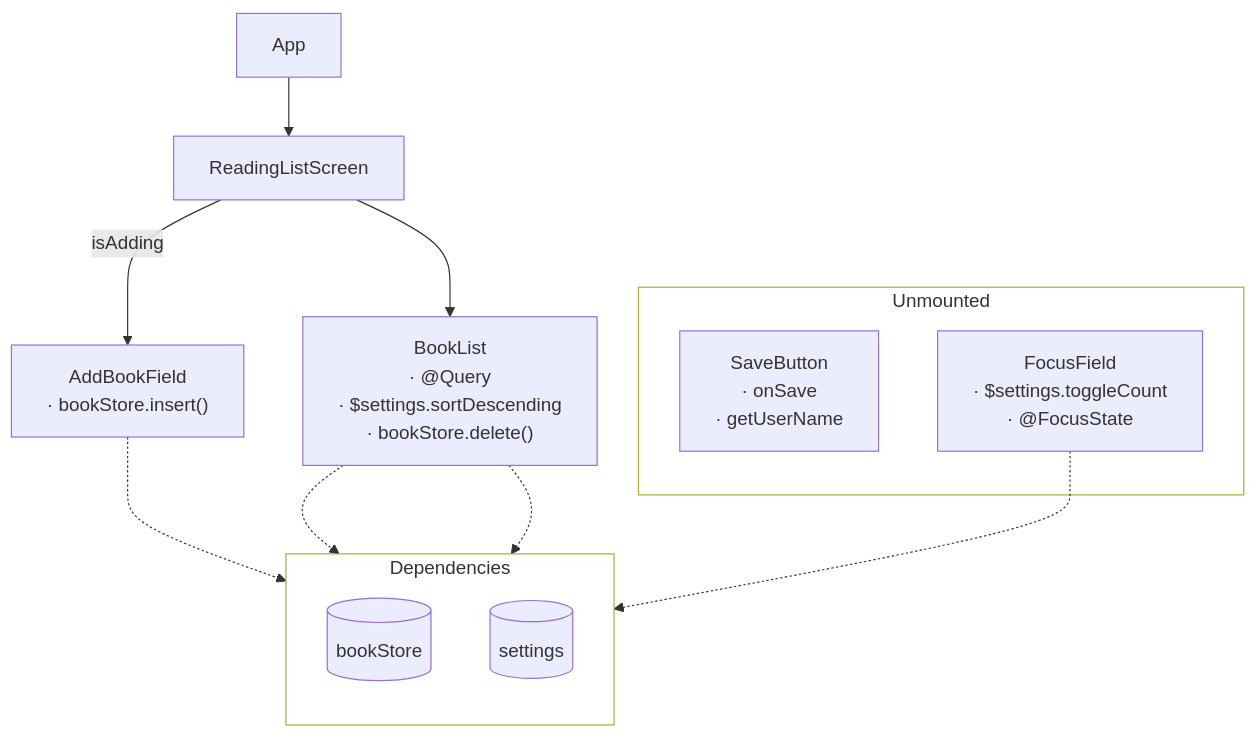
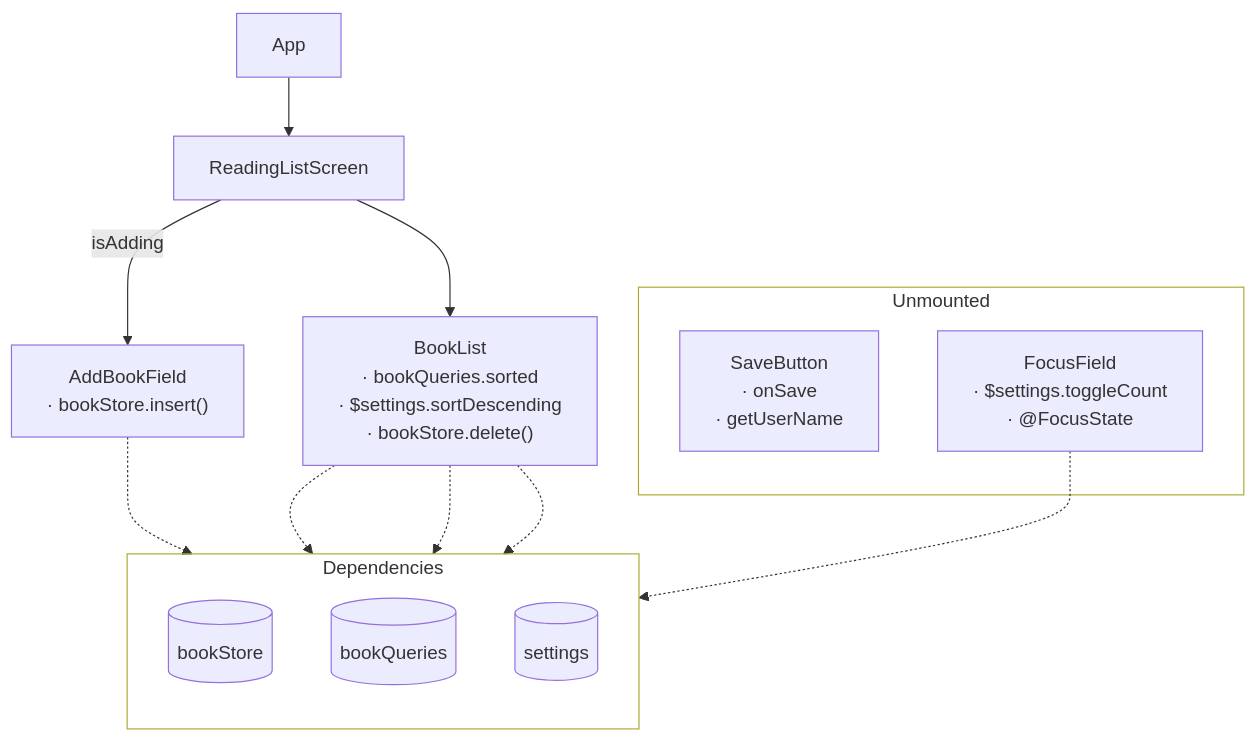
Before and after one commit to sisoje/hypermodular: the first of 4 diagrams in hypermodular/scripts/fixtures/clean/APP-MAP.md, drawn with Mermaid. The commit also changed other lines of this file and 26 other files, not shown here.

````diff
--- a/hypermodular/scripts/fixtures/clean/APP-MAP.md
+++ b/hypermodular/scripts/fixtures/clean/APP-MAP.md
@@ -4,26 +4,28 @@
 ```mermaid
 %% Whole: App
 flowchart TD
     App
     ReadingListScreen
     AddBookField["AddBookField<br/>· bookStore.insert()"]
-    BookList["BookList<br/>· @Query<br/>· $settings.sortDescending<br/>· bookStore.delete()"]
+    BookList["BookList<br/>· bookQueries.sorted<br/>· $settings.sortDescending<br/>· bookStore.delete()"]
     App --> ReadingListScreen
     ReadingListScreen -->|isAdding| AddBookField
     ReadingListScreen --> BookList
     subgraph Unmounted
         SaveButton["SaveButton<br/>· onSave<br/>· getUserName"]
         FocusField["FocusField<br/>· $settings.toggleCount<br/>· @FocusState"]
     end
     subgraph Dependencies
         direction TB
         bookStore[(bookStore)]
+        bookQueries[(bookQueries)]
         settings[(settings)]
     end
     AddBookField -.-> bookStore
     BookList -.-> bookStore
+    BookList -.-> bookQueries
     BookList -.-> settings
     FocusField -.-> settings
     classDef plain fill:none
     class Unmounted,Dependencies plain
 ```
````
